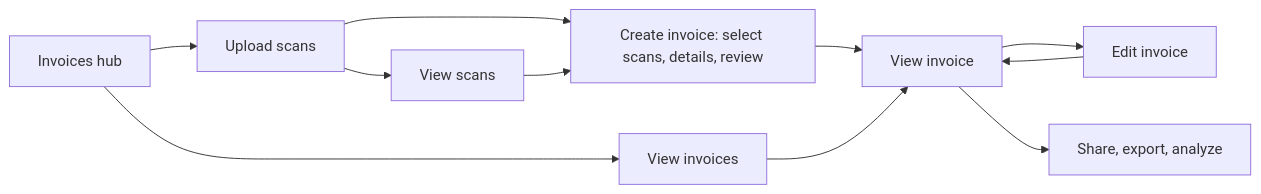
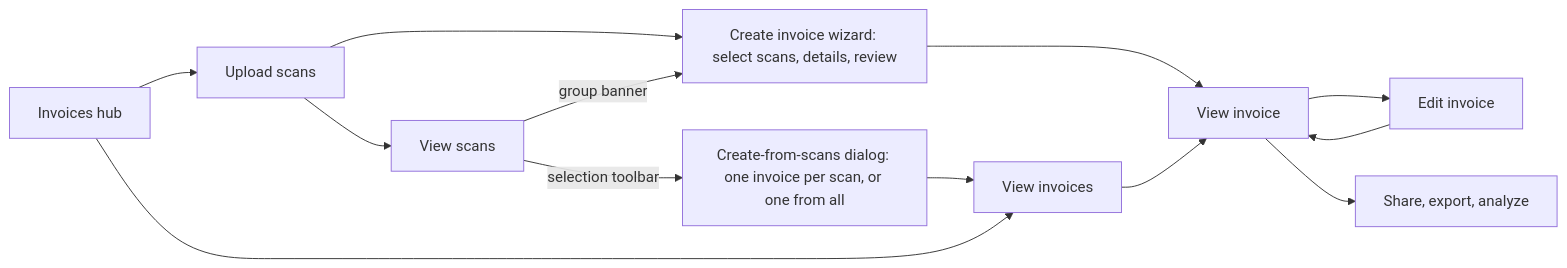
Before and after one commit to arolariu/arolariu.ro: the fourth of 4 diagrams in sites/arolariu.ro/UX-FLOWS.md, drawn with Mermaid. The commit also changed other lines of this file, not shown here.

First line of the commit message:
docs(website): separate the two scan-to-invoice paths

````diff
--- a/sites/arolariu.ro/UX-FLOWS.md
+++ b/sites/arolariu.ro/UX-FLOWS.md
@@ -174,13 +174,15 @@
 ```mermaid
 flowchart LR
   Hub["Invoices hub"] --> Up["Upload scans"]
   Up --> Scans["View scans"]
   Up --> Create
-  Scans --> Create["Create invoice: select scans, details, review"]
+  Scans -- "selection toolbar" --> Quick["Create-from-scans dialog: one invoice per scan, or one from all"]
+  Quick --> List
+  Scans -- "group banner" --> Create["Create invoice wizard: select scans, details, review"]
   Create --> Detail["View invoice"]
   Hub --> List["View invoices"]
   List --> Detail
   Detail --> Edit["Edit invoice"]
   Edit --> Detail
   Detail --> Share["Share, export, analyze"]
 ```
````
